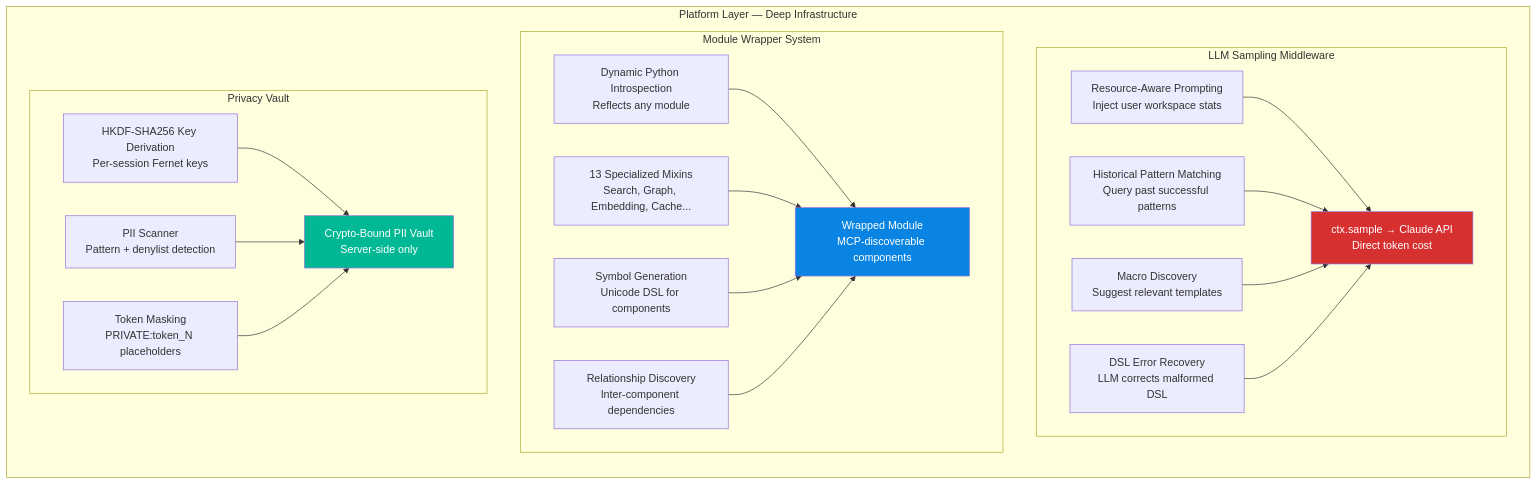
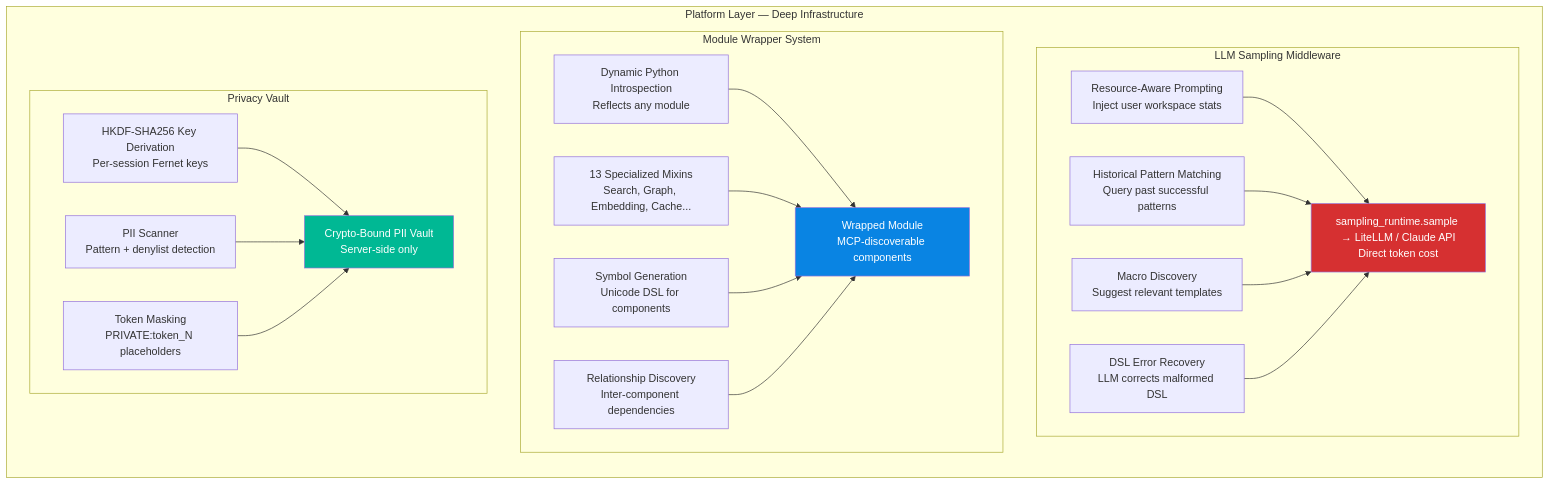
The fourth of 11 diagrams in docs/payment_model_architecture.md (dipseth/google_workspace_fastmcp2), drawn with Mermaid before and after one commit. The commit also changed 82 other files, not shown here.

First line of the commit message:
Release 3.0.0 — FastMCP 4.0.1: server-side sampling runtime, tasks extension, guard-tool elicitation (#73)

````diff
--- a/docs/payment_model_architecture.md
+++ b/docs/payment_model_architecture.md
@@ -108,33 +108,33 @@
 ```mermaid
 graph TB
     subgraph "Platform Layer — Deep Infrastructure"
         direction TB
 
         subgraph "LLM Sampling Middleware"
             S1[Resource-Aware Prompting<br/>Inject user workspace stats]
             S2[Historical Pattern Matching<br/>Query past successful patterns]
             S3[Macro Discovery<br/>Suggest relevant templates]
             S4[DSL Error Recovery<br/>LLM corrects malformed DSL]
-            S1 & S2 & S3 & S4 --> Sample[ctx.sample → Claude API<br/>Direct token cost]
+            S1 & S2 & S3 & S4 --> Sample[sampling_runtime.sample → LiteLLM / Claude API<br/>Direct token cost]
         end
 
         subgraph "Module Wrapper System"
             MW1[Dynamic Python Introspection<br/>Reflects any module]
             MW2[13 Specialized Mixins<br/>Search, Graph, Embedding, Cache...]
             MW3[Symbol Generation<br/>Unicode DSL for components]
             MW4[Relationship Discovery<br/>Inter-component dependencies]
             MW1 & MW2 & MW3 & MW4 --> Wrap[Wrapped Module<br/>MCP-discoverable components]
         end
 
         subgraph "Privacy Vault"
             PV1[HKDF-SHA256 Key Derivation<br/>Per-session Fernet keys]
             PV2[PII Scanner<br/>Pattern + denylist detection]
             PV3[Token Masking<br/>PRIVATE:token_N placeholders]
             PV1 & PV2 & PV3 --> Vault[Crypto-Bound PII Vault<br/>Server-side only]
         end
     end
 
     style Sample fill:#d63031,color:white
     style Wrap fill:#0984e3,color:white
     style Vault fill:#00b894,color:white
 ```
````
